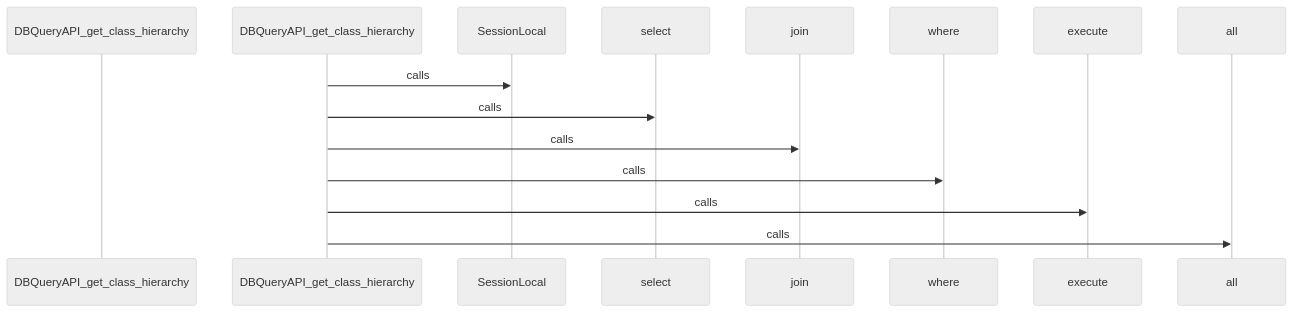
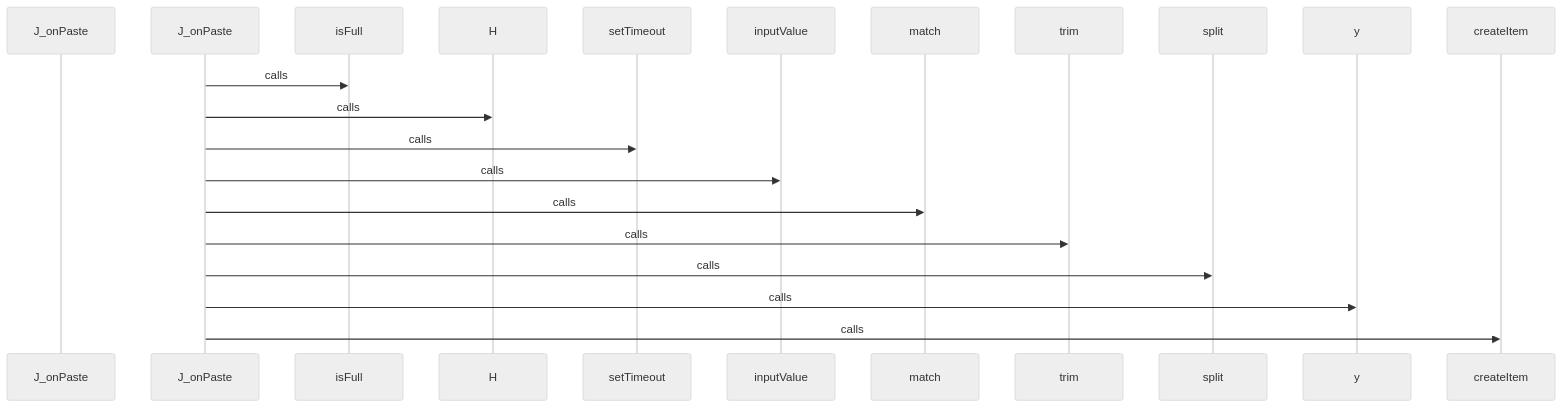
Before and after one commit to hazalkoom/DECODEx01: diagram 19 of 27 in docs/CALL_FLOW.md, drawn with Mermaid (neutral theme). The commit also changed other lines of this file and 8 other files, not shown here.

````diff
--- a/docs/CALL_FLOW.md
+++ b/docs/CALL_FLOW.md
@@ -637,29 +741,41 @@
 ```mermaid
 sequenceDiagram
-    participant Start as DBQueryAPI_get_class_hierarchy
+    participant Start as J_onPaste
 
 
-    DBQueryAPI_get_class_hierarchy->>SessionLocal: calls
+    J_onPaste->>isFull: calls
 
 
 
-    DBQueryAPI_get_class_hierarchy->>select: calls
+    J_onPaste->>H: calls
 
 
 
-    DBQueryAPI_get_class_hierarchy->>join: calls
+    J_onPaste->>setTimeout: calls
 
 
 
-    DBQueryAPI_get_class_hierarchy->>where: calls
+    J_onPaste->>inputValue: calls
 
 
 
-    DBQueryAPI_get_class_hierarchy->>execute: calls
+    J_onPaste->>match: calls
 
 
 
-    DBQueryAPI_get_class_hierarchy->>all: calls
+    J_onPaste->>trim: calls
+
+
+
+    J_onPaste->>split: calls
+
+
+
+    J_onPaste->>y: calls
+
+
+
+    J_onPaste->>createItem: calls
 
 
 ```
````
